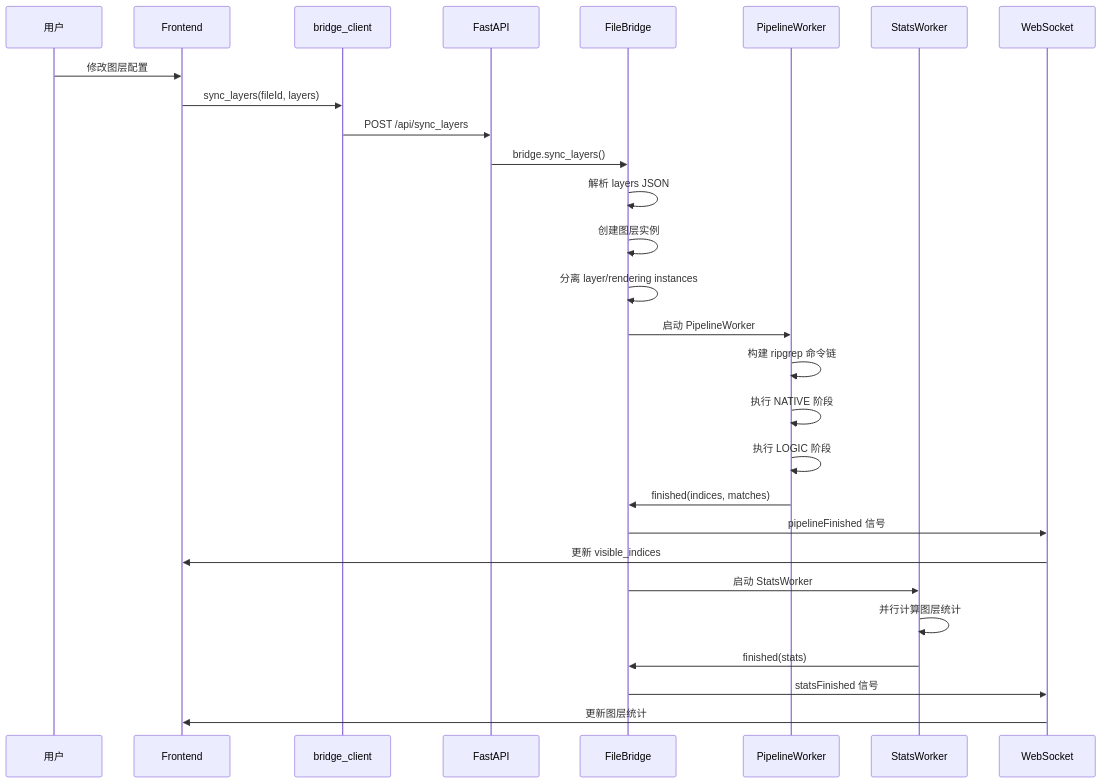
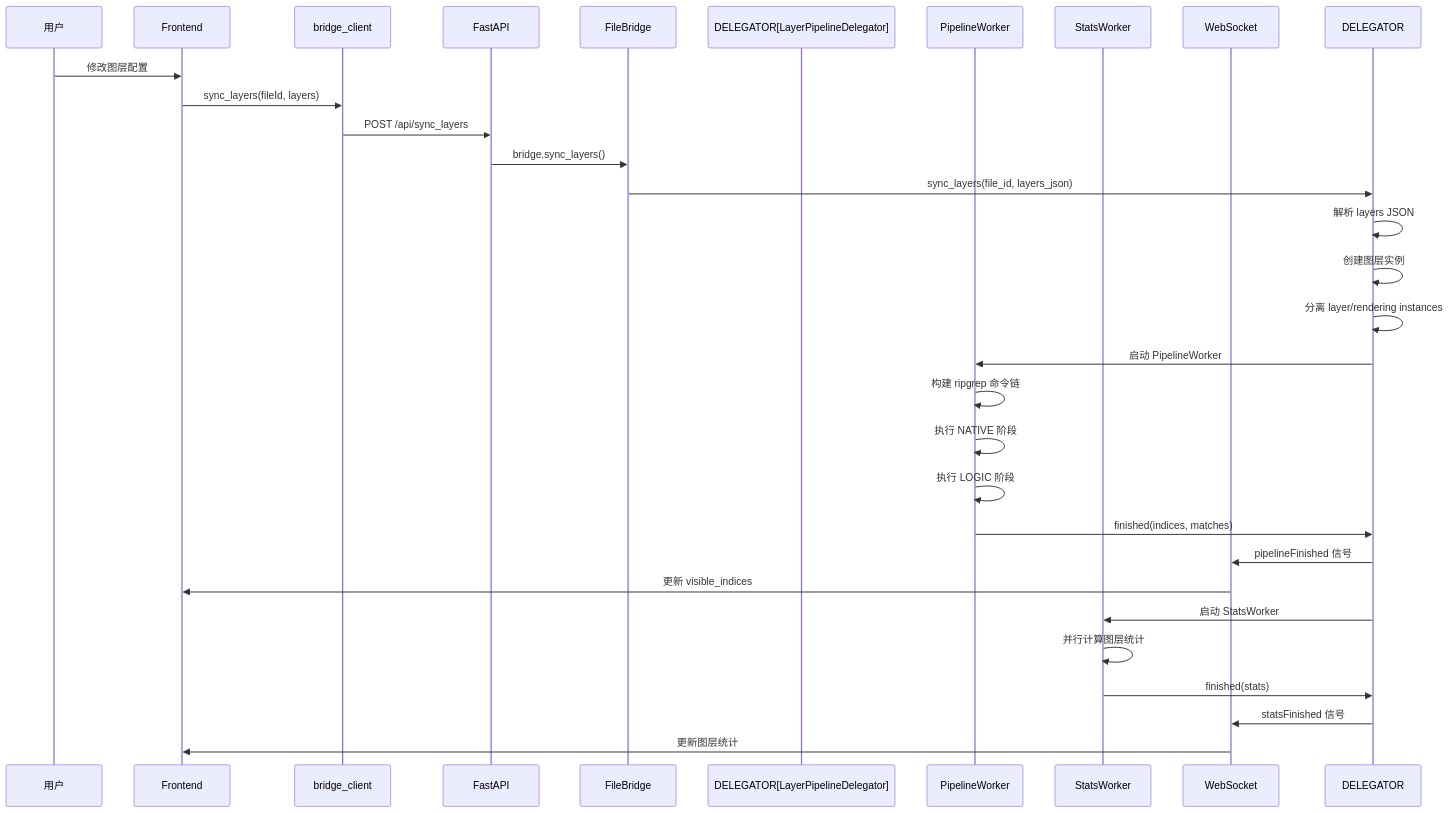
One commit to qmjianda/loglayer changed diagram 20 of 25 in megatron_mermaid.md. Above: the diagram before and after it, drawn with Mermaid. The commit also changed other lines of this file, not shown here.

First line of the commit message:
docs: update architecture diagram for OOP refactoring

````diff
--- a/megatron_mermaid.md
+++ b/megatron_mermaid.md
@@ -972,35 +1067,37 @@
 ```mermaid
 sequenceDiagram
     participant U as 用户
     participant FE as Frontend
     participant BC as bridge_client
     participant API as FastAPI
     participant BR as FileBridge
+    participant DELEGATOR[LayerPipelineDelegator]
     participant PW as PipelineWorker
     participant SW as StatsWorker
     participant WS as WebSocket
     
     U->>FE: 修改图层配置
     FE->>BC: sync_layers(fileId, layers)
     BC->>API: POST /api/sync_layers
     API->>BR: bridge.sync_layers()
     
-    BR->>BR: 解析 layers JSON
-    BR->>BR: 创建图层实例
-    BR->>BR: 分离 layer/rendering instances
-    BR->>PW: 启动 PipelineWorker
+    BR->>DELEGATOR: sync_layers(file_id, layers_json)
+    DELEGATOR->>DELEGATOR: 解析 layers JSON
+    DELEGATOR->>DELEGATOR: 创建图层实例
+    DELEGATOR->>DELEGATOR: 分离 layer/rendering instances
+    DELEGATOR->>PW: 启动 PipelineWorker
     
     PW->>PW: 构建 ripgrep 命令链
     PW->>PW: 执行 NATIVE 阶段
     PW->>PW: 执行 LOGIC 阶段
-    PW->>BR: finished(indices, matches)
+    PW->>DELEGATOR: finished(indices, matches)
     
-    BR->>WS: pipelineFinished 信号
+    DELEGATOR->>WS: pipelineFinished 信号
     WS->>FE: 更新 visible_indices
     
-    BR->>SW: 启动 StatsWorker
+    DELEGATOR->>SW: 启动 StatsWorker
     SW->>SW: 并行计算图层统计
-    SW->>BR: finished(stats)
-    BR->>WS: statsFinished 信号
+    SW->>DELEGATOR: finished(stats)
+    DELEGATOR->>WS: statsFinished 信号
     WS->>FE: 更新图层统计
 ```
````
